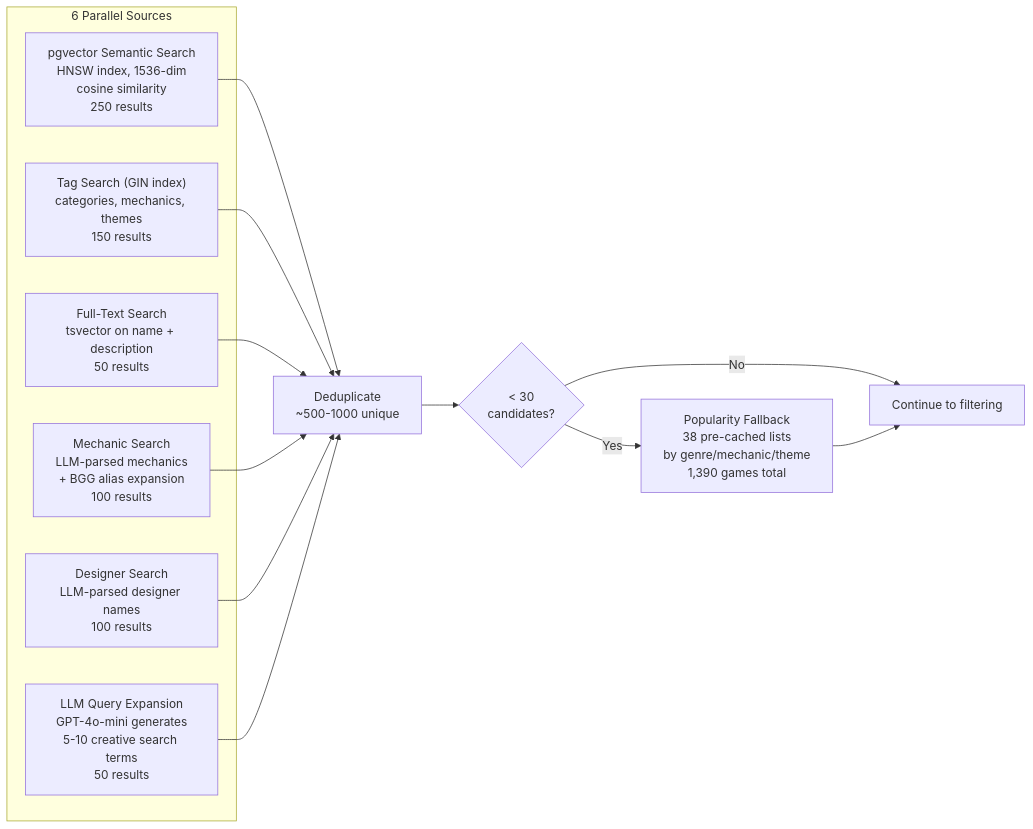
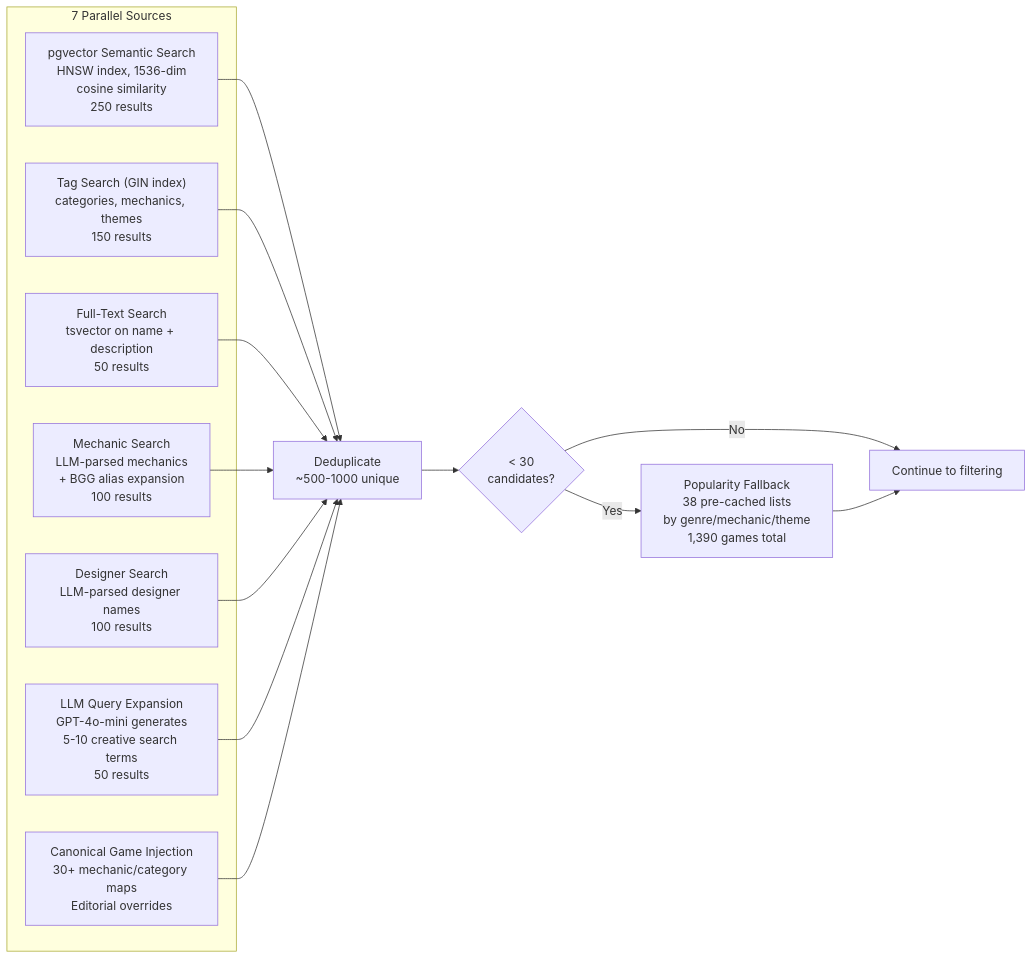
One commit to stopitdan/recommendagame changed the fifth of 11 diagrams in docs/HACKMD-REVIEW.md. Above: the diagram before and after it, drawn with Mermaid. The commit also changed other lines of this file and 14 other files, not shown here.

````diff
--- a/docs/HACKMD-REVIEW.md
+++ b/docs/HACKMD-REVIEW.md
@@ -269,22 +289,23 @@
 ```mermaid
 flowchart LR
-    subgraph Sources["6 Parallel Sources"]
+    subgraph Sources["7 Parallel Sources"]
         V["pgvector Semantic Search<br/>HNSW index, 1536-dim<br/>cosine similarity<br/>250 results"]
         T["Tag Search (GIN index)<br/>categories, mechanics, themes<br/>150 results"]
         X["Full-Text Search<br/>tsvector on name + description<br/>50 results"]
         M["Mechanic Search<br/>LLM-parsed mechanics<br/>+ BGG alias expansion<br/>100 results"]
         D["Designer Search<br/>LLM-parsed designer names<br/>100 results"]
         E["LLM Query Expansion<br/>GPT-4o-mini generates<br/>5-10 creative search terms<br/>50 results"]
+        CAN["Canonical Game Injection<br/>30+ mechanic/category maps<br/>Editorial overrides"]
     end
 
     DEDUP["Deduplicate<br/>~500-1000 unique"]
 
     FALLBACK{"< 30<br/>candidates?"}
     POP["Popularity Fallback<br/>38 pre-cached lists<br/>by genre/mechanic/theme<br/>1,390 games total"]
 
-    V & T & X & M & D & E --> DEDUP
+    V & T & X & M & D & E & CAN --> DEDUP
     DEDUP --> FALLBACK
     FALLBACK -->|Yes| POP
     FALLBACK -->|No| NEXT["Continue to filtering"]
     POP --> NEXT
 ```
````
